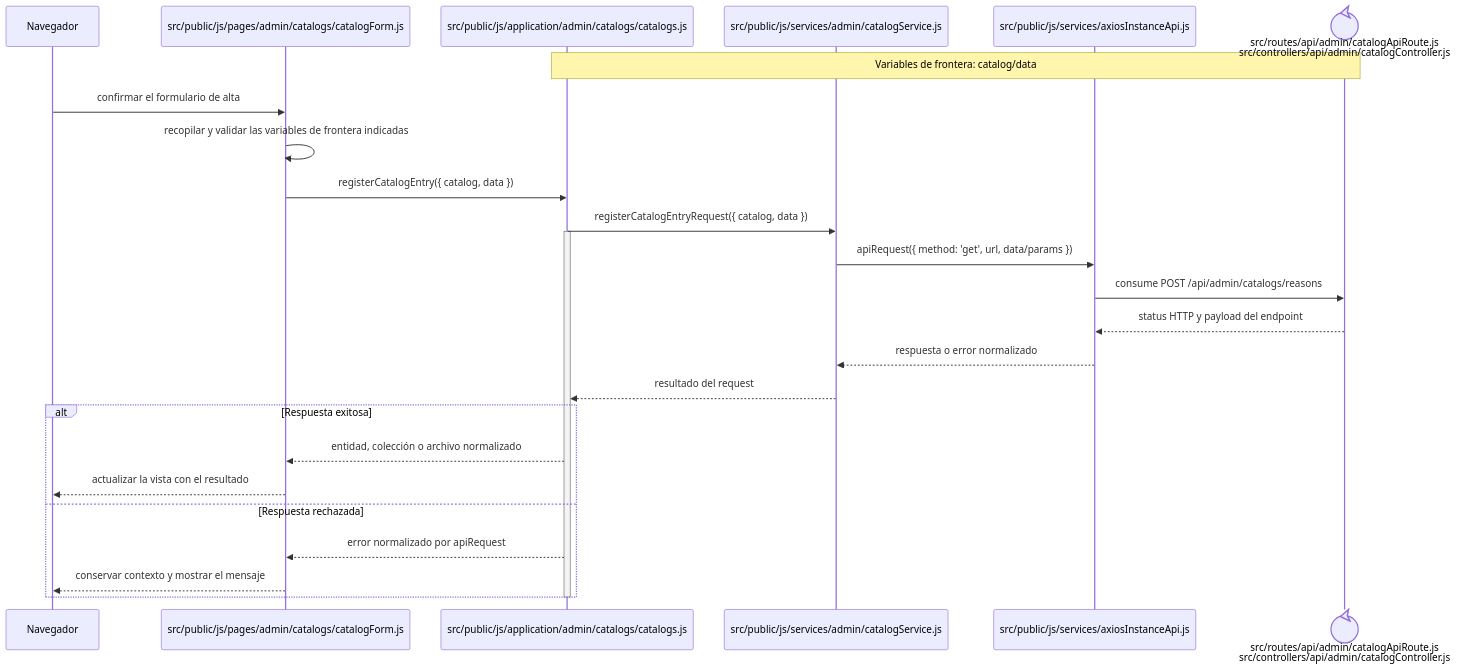
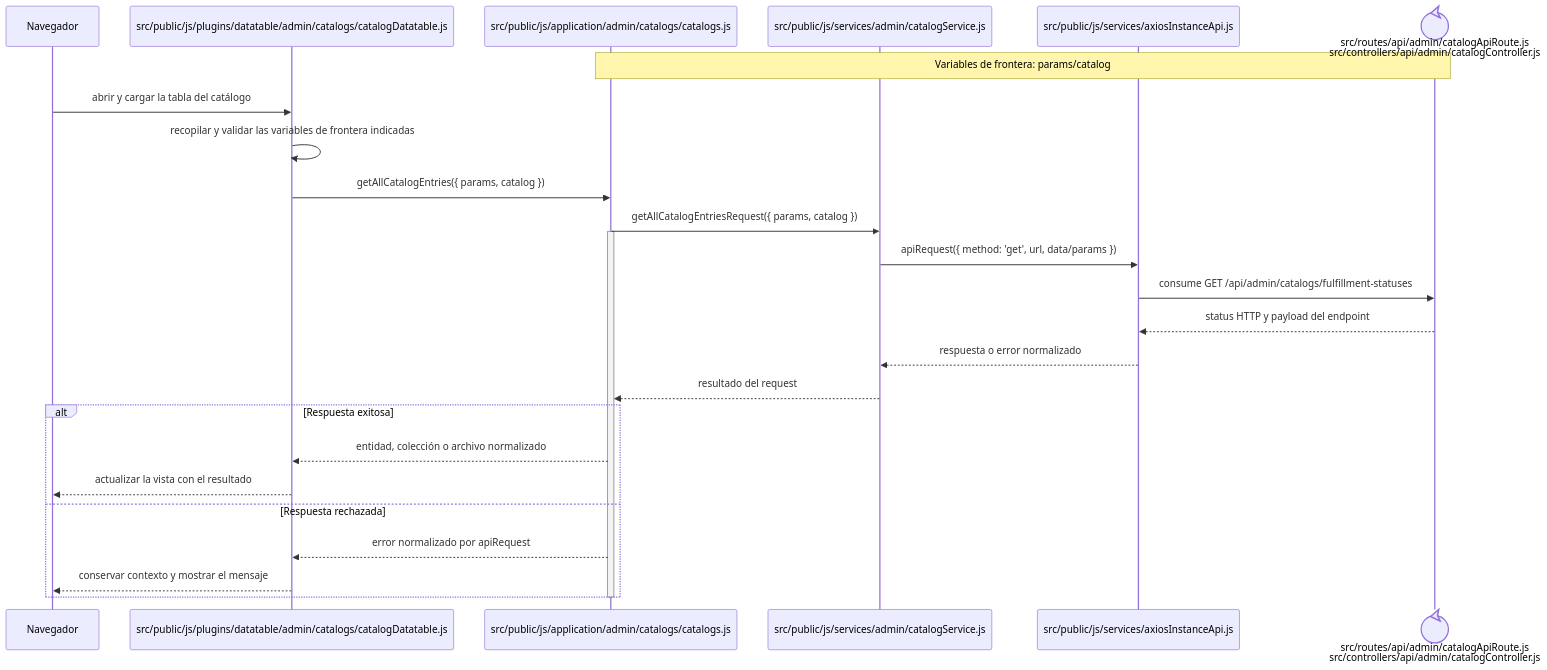
One commit to gpgsistemas01/nexus changed the diagram in docs/architecture/frontend-code-sequences/catalogs/cu-cat-40.md. Above: the diagram before and after it, drawn with Mermaid. The commit also changed other lines of this file and 207 other files, not shown here.

````diff
--- a/docs/architecture/frontend-code-sequences/catalogs/cu-cat-40.md
+++ b/docs/architecture/frontend-code-sequences/catalogs/cu-cat-40.md
@@ -6,29 +6,29 @@
 ```mermaid
 sequenceDiagram
     participant Browser as Navegador
-    participant View as src/public/js/pages/admin/catalogs/catalogForm.js
+    participant View as src/public/js/plugins/datatable/admin/catalogs/catalogDatatable.js
     participant Application as src/public/js/application/admin/catalogs/catalogs.js
     participant Request as src/public/js/services/admin/catalogService.js
     participant HTTP as src/public/js/services/axiosInstanceApi.js
     participant Transport@{ "type": "control" } as src/routes/api/admin/catalogApiRoute.js<br/>src/controllers/api/admin/catalogController.js
-    Note over Application,Transport: Variables de frontera: catalog/data
+    Note over Application,Transport: Variables de frontera: params/catalog
 
-    Browser->>View: confirmar el formulario de alta
+    Browser->>View: abrir y cargar la tabla del catálogo
     View->>View: recopilar y validar las variables de frontera indicadas
-    View->>Application: registerCatalogEntry({ catalog, data })
-    Application->>Request: registerCatalogEntryRequest({ catalog, data })
+    View->>Application: getAllCatalogEntries({ params, catalog })
+    Application->>Request: getAllCatalogEntriesRequest({ params, catalog })
     activate Application
     Request->>HTTP: apiRequest({ method: 'get', url, data/params })
-    HTTP->>Transport: consume POST /api/admin/catalogs/reasons
+    HTTP->>Transport: consume GET /api/admin/catalogs/fulfillment-statuses
     Transport-->>HTTP: status HTTP y payload del endpoint
     HTTP-->>Request: respuesta o error normalizado
     Request-->>Application: resultado del request
     alt Respuesta exitosa
         Application-->>View: entidad, colección o archivo normalizado
         View-->>Browser: actualizar la vista con el resultado
     else Respuesta rechazada
         Application-->>View: error normalizado por apiRequest
         View-->>Browser: conservar contexto y mostrar el mensaje
     end
     deactivate Application
 ```
````
